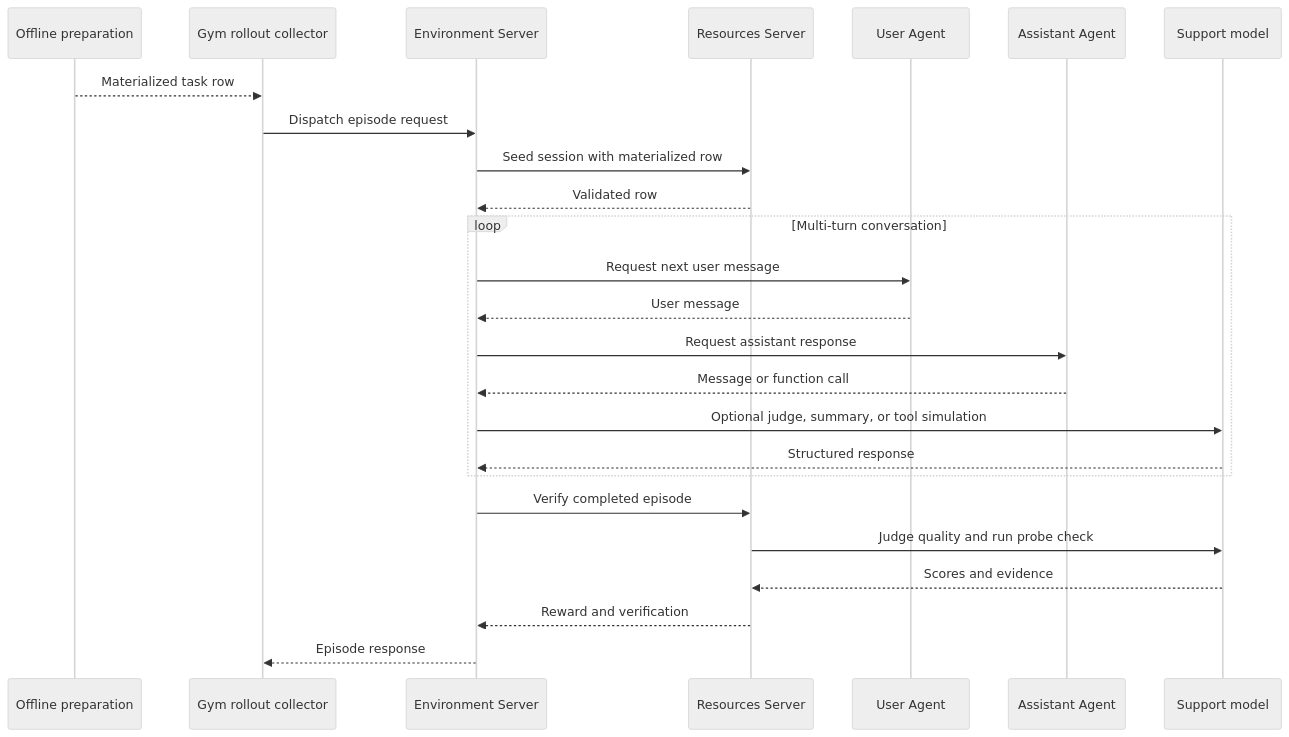
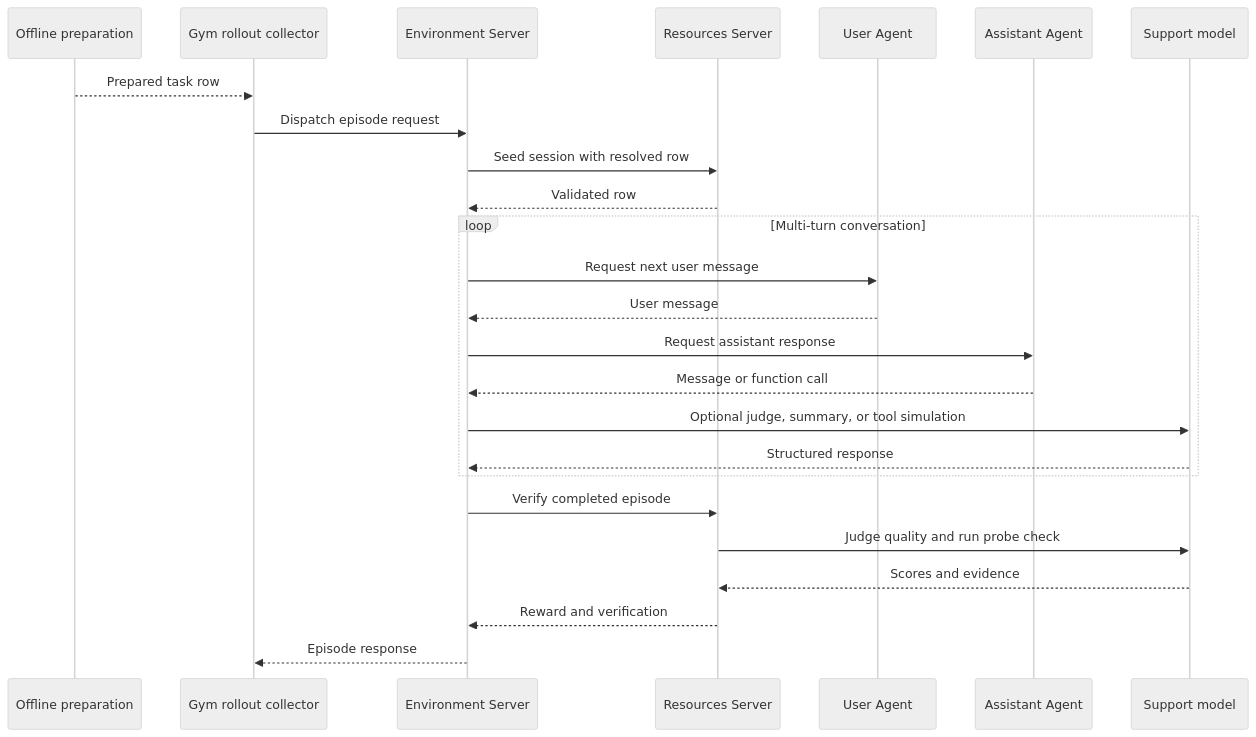
The diagram in fern/versions/latest/pages/evaluation-tutorials/nemo-user-sim-rollout-collection/index.mdx (NVIDIA-NeMo/Gym), drawn with Mermaid (neutral theme) before and after one commit. The commit also changed other lines of this file and 7 other files, not shown here.

````diff
--- a/fern/versions/latest/pages/evaluation-tutorials/nemo-user-sim-rollout-collection/index.mdx
+++ b/fern/versions/latest/pages/evaluation-tutorials/nemo-user-sim-rollout-collection/index.mdx
@@ -24,28 +28,28 @@
 ```mermaid
 sequenceDiagram
     participant P as Offline preparation
     participant C as Gym rollout collector
     participant E as Environment Server
     participant R as Resources Server
     participant U as User Agent
     participant A as Assistant Agent
     participant S as Support model
 
-    P-->>C: Materialized task row
+    P-->>C: Prepared task row
     C->>E: Dispatch episode request
-    E->>R: Seed session with materialized row
+    E->>R: Seed session with resolved row
     R-->>E: Validated row
     loop Multi-turn conversation
         E->>U: Request next user message
         U-->>E: User message
         E->>A: Request assistant response
         A-->>E: Message or function call
         E->>S: Optional judge, summary, or tool simulation
         S-->>E: Structured response
     end
     E->>R: Verify completed episode
     R->>S: Judge quality and run probe check
     S-->>R: Scores and evidence
     R-->>E: Reward and verification
     E-->>C: Episode response
 ```
````
